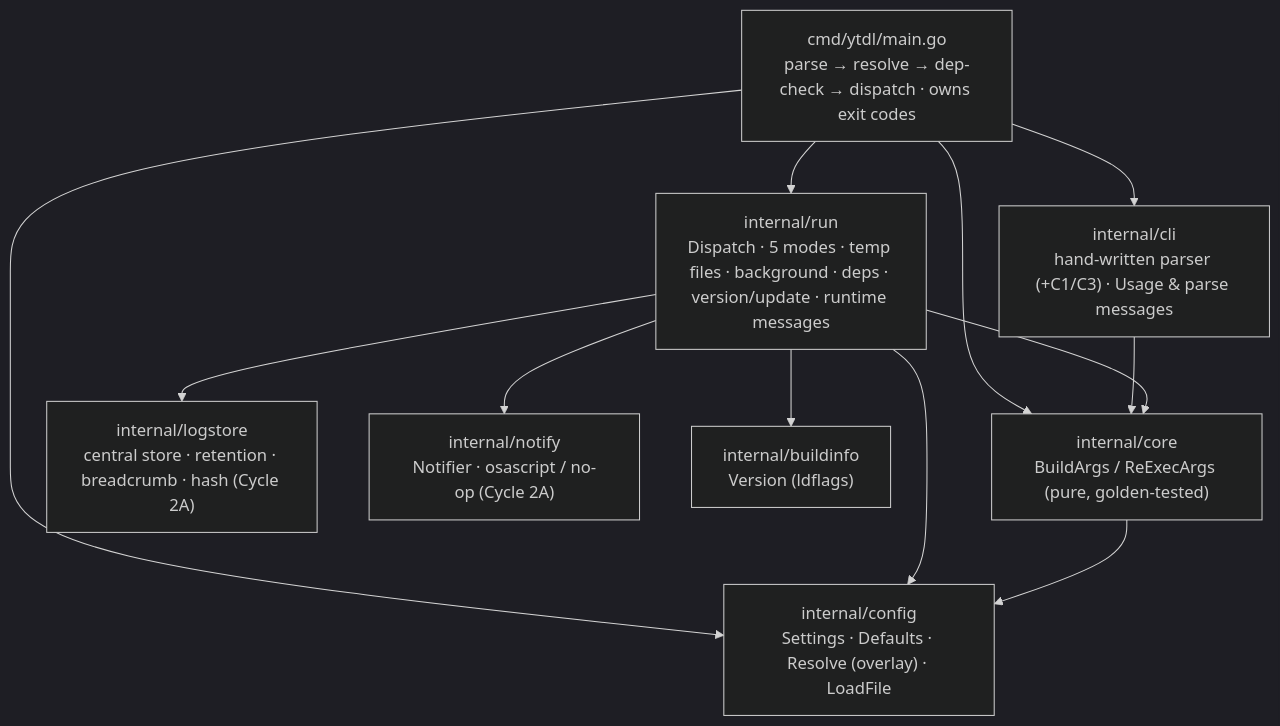
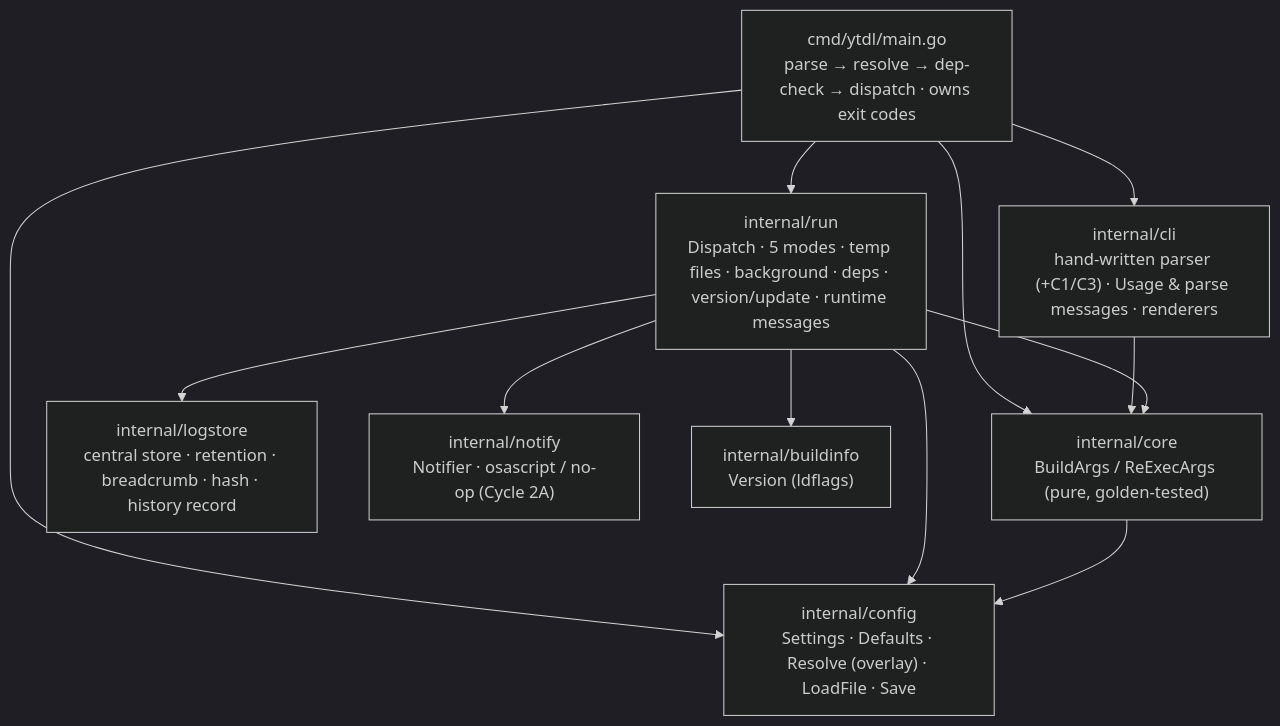
One commit to alergyonthestage/ytdl changed the first of 2 diagrams in docs/go-engine.md. Above: the diagram before and after it, drawn with Mermaid (dark theme). The commit also changed other lines of this file and 2 other files, not shown here.

````diff
--- a/docs/go-engine.md
+++ b/docs/go-engine.md
@@ -23,22 +26,22 @@
 ```mermaid
 flowchart TD
     MAIN["cmd/ytdl/main.go<br/>parse → resolve → dep-check → dispatch · owns exit codes"]
-    CLI["internal/cli<br/>hand-written parser (+C1/C3) · Usage & parse messages"]
+    CLI["internal/cli<br/>hand-written parser (+C1/C3) · Usage & parse messages · renderers"]
     RUN["internal/run<br/>Dispatch · 5 modes · temp files · background · deps · version/update · runtime messages"]
     CORE["internal/core<br/>BuildArgs / ReExecArgs (pure, golden-tested)"]
-    CONFIG["internal/config<br/>Settings · Defaults · Resolve (overlay) · LoadFile"]
-    LOGSTORE["internal/logstore<br/>central store · retention · breadcrumb · hash (Cycle 2A)"]
+    CONFIG["internal/config<br/>Settings · Defaults · Resolve (overlay) · LoadFile · Save"]
+    LOGSTORE["internal/logstore<br/>central store · retention · breadcrumb · hash · history record"]
     NOTIFY["internal/notify<br/>Notifier · osascript / no-op (Cycle 2A)"]
     BUILD["internal/buildinfo<br/>Version (ldflags)"]
     MAIN --> CLI
     MAIN --> RUN
     MAIN --> CONFIG
     MAIN --> CORE
     CLI --> CORE
     RUN --> CORE
     RUN --> CONFIG
     RUN --> LOGSTORE
     RUN --> NOTIFY
     RUN --> BUILD
     CORE --> CONFIG
 ```
````
